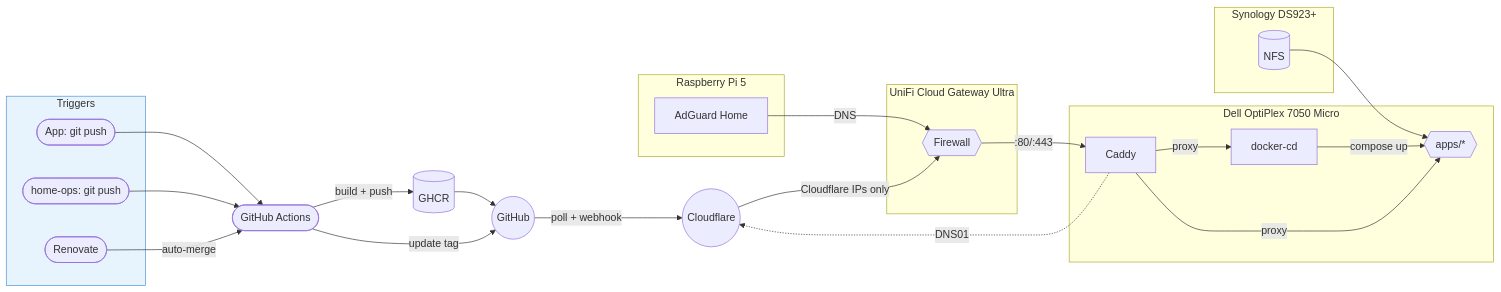
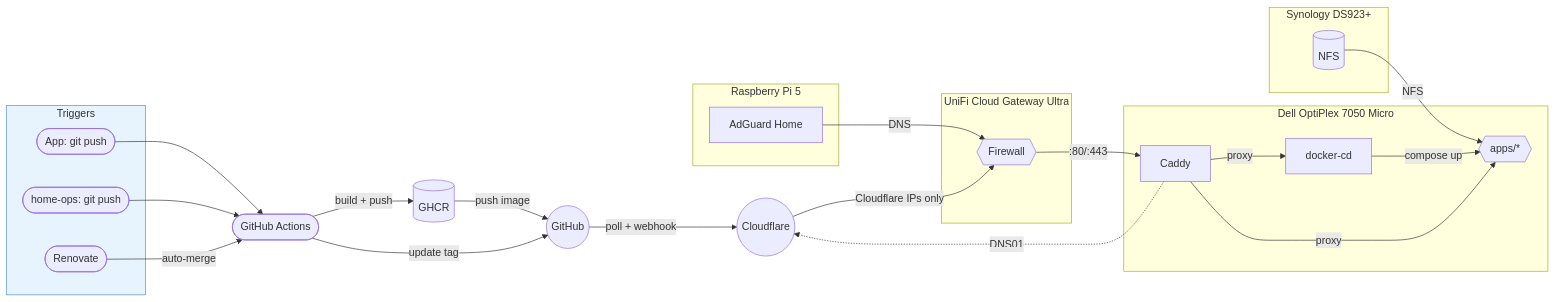
One commit to wajeht/home-ops changed the diagram in README.md. Above: the diagram before and after it, drawn with Mermaid.

Commit message:
docs: update architecture diagrams in README

````diff
--- a/README.md
+++ b/README.md
@@ -16,38 +16,38 @@
 ```mermaid
 flowchart LR
     subgraph triggers[Triggers]
         app_push([App: git push])
         ops_push([home-ops: git push])
         renovate([Renovate])
     end
 
     app_push --> ci([GitHub Actions]) -->|build + push| ghcr[(GHCR)]
-    ghcr --> github((GitHub))
+    ghcr -->|push image| github((GitHub))
     ci -->|update tag| github
     ops_push --> ci
     renovate -->|auto-merge| ci
     github -->|poll + webhook| cf((Cloudflare)) -->|Cloudflare IPs only| unifi -->|:80/:443| caddy -->|proxy| docker_cd
 
     subgraph dell[Dell OptiPlex 7050 Micro]
         docker_cd[docker-cd] -->|compose up| apps{{apps/*}}
         caddy[Caddy] -->|proxy| apps
     end
 
     subgraph nas[Synology DS923+]
         nfs[(NFS)]
     end
 
     subgraph ucg[UniFi Cloud Gateway Ultra]
         unifi{{Firewall}}
     end
 
     subgraph pi[Raspberry Pi 5]
         adguard[AdGuard Home]
     end
 
-    nfs --> apps
+    nfs -->|NFS| apps
     adguard -->|DNS| unifi
     caddy -.->|DNS01| cf
 
     style triggers fill:#e8f4fd,stroke:#4a90d9
 ```
````
